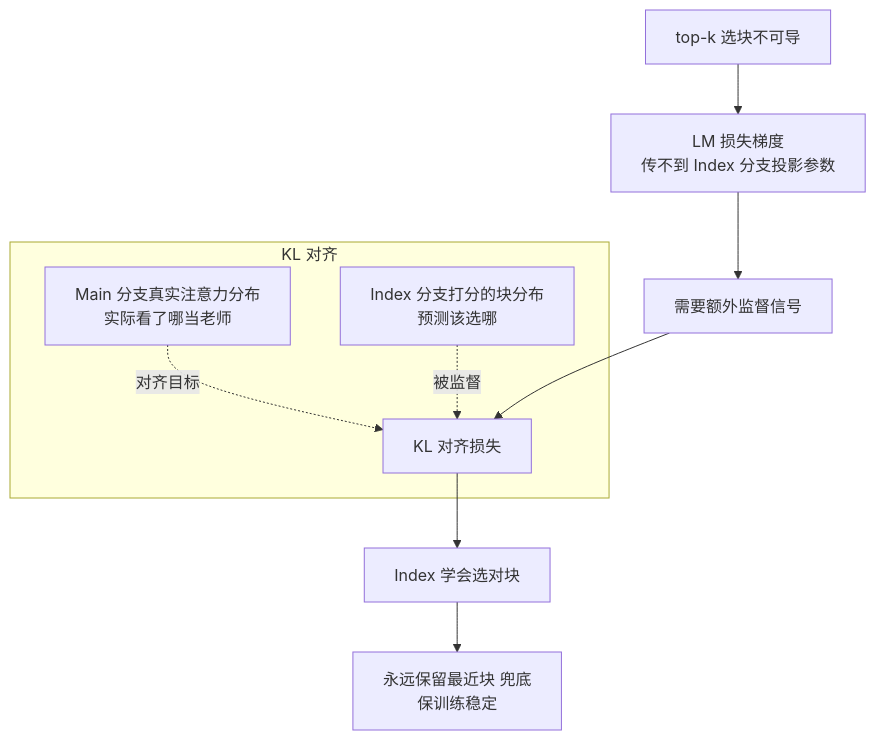
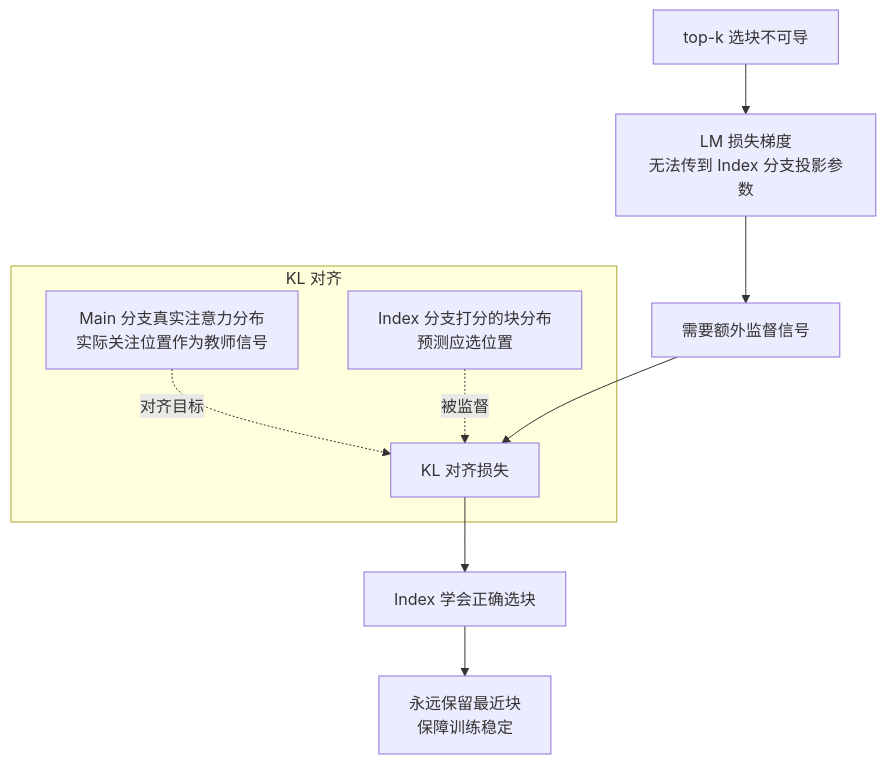
Before and after one commit to lloo099/mission44: the third of 4 diagrams in docs/blog/dispatch-04-minimax-msa.md, drawn with Mermaid. The commit also changed other lines of this file and 24 other files, not shown here.

Commit message:
全站文风统一:29 篇按'专业简洁、去口语化'标准批量修订 — 确定性替换 100 处(崩法→失稳模式/洼地→空白领域/占坑→公开工作/黑箱→未公开/datatype 动物园→谱系/押注→投入/护城河→竞争壁垒 等)+ 8 个编辑 agent 分批逐句精修(D24 单篇 38 处;两轮均遇用量上限中断后续跑完成)+ blog.json 摘要 6 处 + 综述残留 2 处. 术语全站一致化; 29 文件 mermaid 全验证 0 errors; 快照页同步重建

````diff
--- a/docs/blog/dispatch-04-minimax-msa.md
+++ b/docs/blog/dispatch-04-minimax-msa.md
@@ -93,15 +93,15 @@
 ```mermaid
 flowchart TB
     PROB["top-k 选块不可导"]
-    PROB --> NOGRAD["LM 损失梯度<br/>传不到 Index 分支投影参数"]
+    PROB --> NOGRAD["LM 损失梯度<br/>无法传到 Index 分支投影参数"]
     NOGRAD --> NEED["需要额外监督信号"]
     subgraph TEACH ["KL 对齐"]
-        MAIN["Main 分支真实注意力分布<br/>实际看了哪当老师"]
-        IDX["Index 分支打分的块分布<br/>预测该选哪"]
+        MAIN["Main 分支真实注意力分布<br/>实际关注位置作为教师信号"]
+        IDX["Index 分支打分的块分布<br/>预测应选位置"]
         MAIN -. "对齐目标" .-> KL["KL 对齐损失"]
         IDX -. "被监督" .-> KL
     end
     NEED --> KL
-    KL --> LEARN["Index 学会选对块"]
-    LEARN --> BACKUP["永远保留最近块 兜底<br/>保训练稳定"]
+    KL --> LEARN["Index 学会正确选块"]
+    LEARN --> BACKUP["永远保留最近块<br/>保障训练稳定"]
 ```
````
